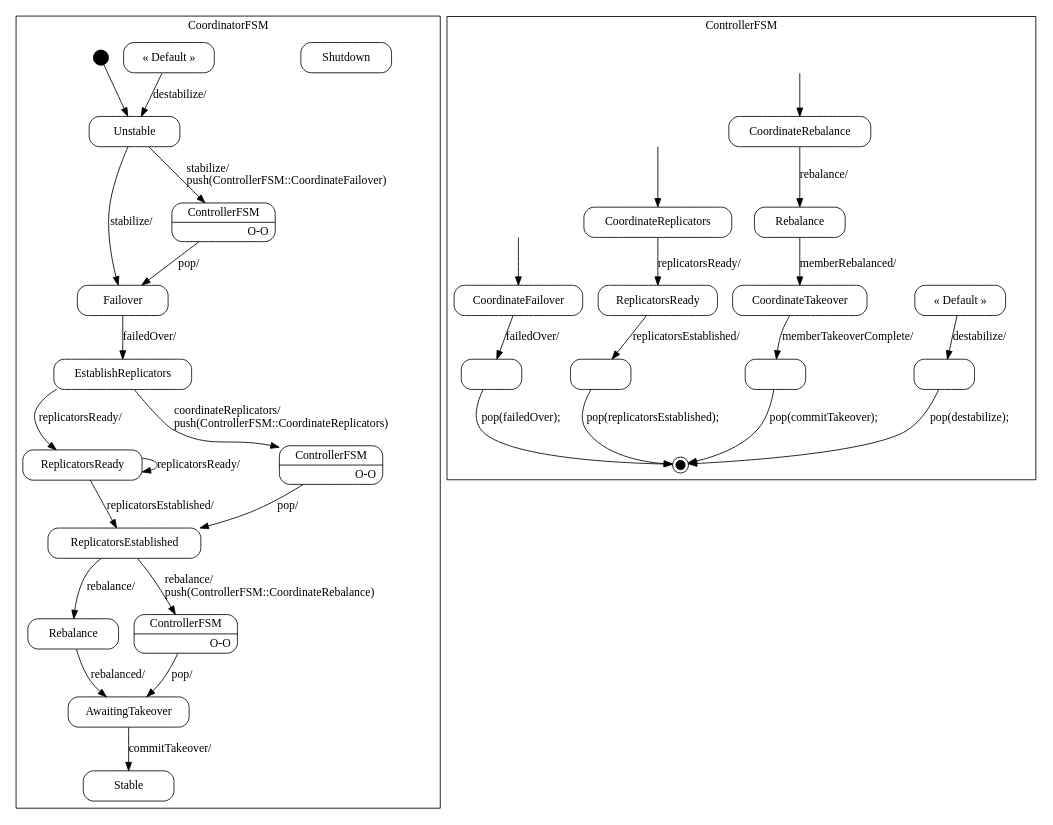
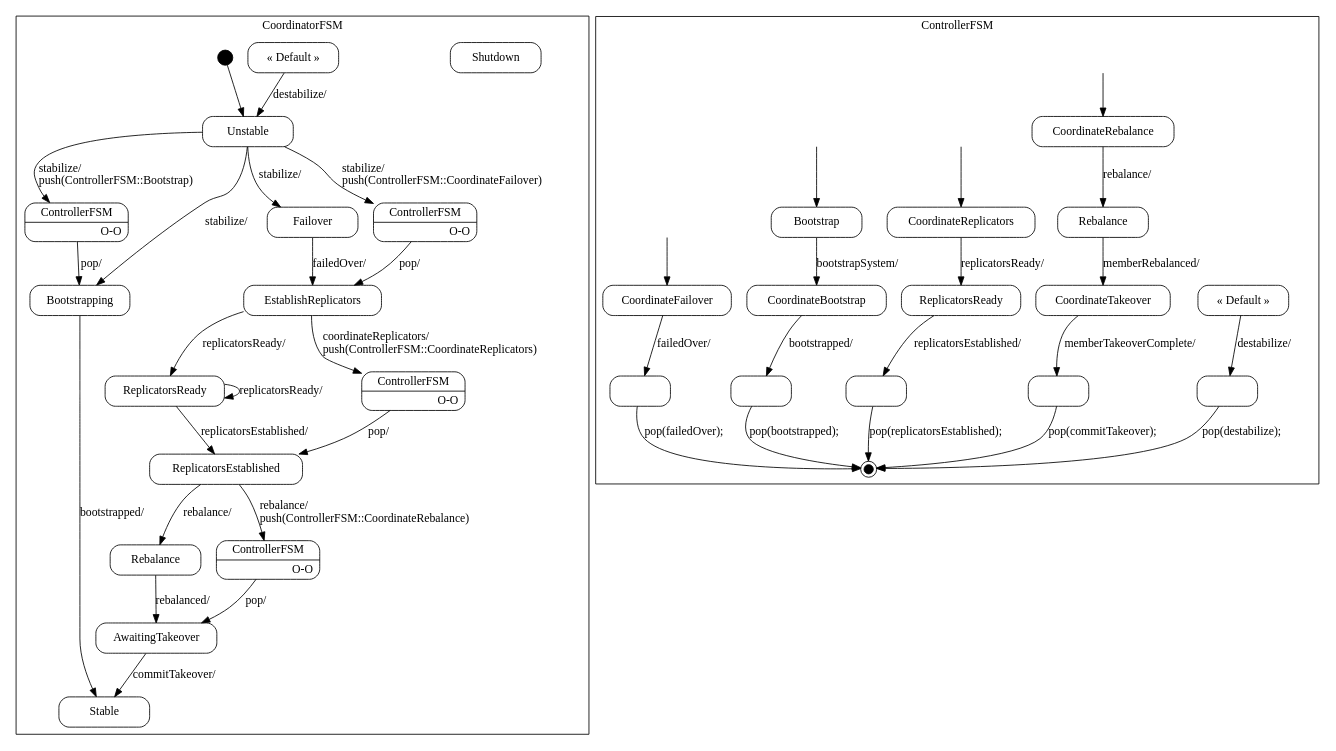
The diagram in spindle/doc/Coordinator_sm.dot (vmehra-sfdc/Ouroboros), drawn with Graphviz before and after one commit. The commit also changed 19 other files, not shown here.

```diff
--- a/spindle/doc/Coordinator_sm.dot
+++ b/spindle/doc/Coordinator_sm.dot
@@ -16,6 +16,9 @@
 
         "CoordinatorFSM::Stable"
             [label="{Stable}"];
+
+        "CoordinatorFSM::Bootstrapping"
+            [label="{Bootstrapping}"];
 
         "CoordinatorFSM::Failover"
             [label="{Failover}"];
@@ -41,13 +44,16 @@
         "CoordinatorFSM::DefaultState"
             [label="{&laquo; Default &raquo;}"];
 
+        "CoordinatorFSM::Bootstrapping::ControllerFSM"
+            [label="{ControllerFSM|O-O\r}"]
+
         "CoordinatorFSM::ReplicatorsEstablished::ControllerFSM"
             [label="{ControllerFSM|O-O\r}"]
 
         "CoordinatorFSM::AwaitingTakeover::ControllerFSM"
             [label="{ControllerFSM|O-O\r}"]
 
-        "CoordinatorFSM::Failover::ControllerFSM"
+        "CoordinatorFSM::EstablishReplicators::ControllerFSM"
             [label="{ControllerFSM|O-O\r}"]
 
         "%start"
@@ -57,11 +63,20 @@
         // Transitions (Edges)
         //
 
-        "CoordinatorFSM::Unstable" -> "CoordinatorFSM::Failover::ControllerFSM"
+        "CoordinatorFSM::Unstable" -> "CoordinatorFSM::EstablishReplicators::ControllerFSM"
             [label="stabilize/\lpush(ControllerFSM::CoordinateFailover)\l"];
 
         "CoordinatorFSM::Unstable" -> "CoordinatorFSM::Failover"
             [label="stabilize/\l"];
+
+        "CoordinatorFSM::Unstable" -> "CoordinatorFSM::Bootstrapping::ControllerFSM"
+            [label="stabilize/\lpush(ControllerFSM::Bootstrap)\l"];
+
+        "CoordinatorFSM::Unstable" -> "CoordinatorFSM::Bootstrapping"
+            [label="stabilize/\l"];
+
+        "CoordinatorFSM::Bootstrapping" -> "CoordinatorFSM::Stable"
+            [label="bootstrapped/\l"];
 
         "CoordinatorFSM::Failover" -> "CoordinatorFSM::EstablishReplicators"
             [label="failedOver/\l"];
@@ -93,13 +108,16 @@
         "CoordinatorFSM::DefaultState" -> "CoordinatorFSM::Unstable"
             [label="destabilize/\l"];
 
+        "CoordinatorFSM::Bootstrapping::ControllerFSM" -> "CoordinatorFSM::Bootstrapping"
+            [label="pop/"]
+
         "CoordinatorFSM::ReplicatorsEstablished::ControllerFSM" -> "CoordinatorFSM::ReplicatorsEstablished"
             [label="pop/"]
 
         "CoordinatorFSM::AwaitingTakeover::ControllerFSM" -> "CoordinatorFSM::AwaitingTakeover"
             [label="pop/"]
 
-        "CoordinatorFSM::Failover::ControllerFSM" -> "CoordinatorFSM::Failover"
+        "CoordinatorFSM::EstablishReplicators::ControllerFSM" -> "CoordinatorFSM::EstablishReplicators"
             [label="pop/"]
 
         "%start" -> "CoordinatorFSM::Unstable"
@@ -112,6 +130,12 @@
         //
         // States (Nodes)
         //
+
+        "ControllerFSM::Bootstrap"
+            [label="{Bootstrap}"];
+
+        "ControllerFSM::CoordinateBootstrap"
+            [label="{CoordinateBootstrap}"];
 
         "ControllerFSM::CoordinateFailover"
             [label="{CoordinateFailover}"];
@@ -137,6 +161,9 @@
         "ControllerFSM::pop(destabilize)"
             [label="" width=1]
 
+        "ControllerFSM::pop(bootstrapped)"
+            [label="" width=1]
+
         "ControllerFSM::pop(commitTakeover)"
             [label="" width=1]
 
@@ -155,12 +182,21 @@
         "push(ControllerFSM::CoordinateReplicators)"
             [label="" shape=plaintext];
 
+        "push(ControllerFSM::Bootstrap)"
+            [label="" shape=plaintext];
+
         "push(ControllerFSM::CoordinateFailover)"
             [label="" shape=plaintext];
 
         //
         // Transitions (Edges)
         //
+
+        "ControllerFSM::Bootstrap" -> "ControllerFSM::CoordinateBootstrap"
+            [label="bootstrapSystem/\l"];
+
+        "ControllerFSM::CoordinateBootstrap" -> "ControllerFSM::pop(bootstrapped)"
+            [label="bootstrapped/\l"];
 
         "ControllerFSM::CoordinateFailover" -> "ControllerFSM::pop(failedOver)"
             [label="failedOver/\l"];
@@ -186,6 +222,9 @@
         "ControllerFSM::pop(destabilize)" -> "ControllerFSM::%end"
             [label="pop(destabilize);\l"];
 
+        "ControllerFSM::pop(bootstrapped)" -> "ControllerFSM::%end"
+            [label="pop(bootstrapped);\l"];
+
         "ControllerFSM::pop(commitTakeover)" -> "ControllerFSM::%end"
             [label="pop(commitTakeover);\l"];
 
@@ -201,6 +240,9 @@
         "push(ControllerFSM::CoordinateReplicators)" -> "ControllerFSM::CoordinateReplicators"
             [arrowtail=odot];
 
+        "push(ControllerFSM::Bootstrap)" -> "ControllerFSM::Bootstrap"
+            [arrowtail=odot];
+
         "push(ControllerFSM::CoordinateFailover)" -> "ControllerFSM::CoordinateFailover"
             [arrowtail=odot];
     }
```
